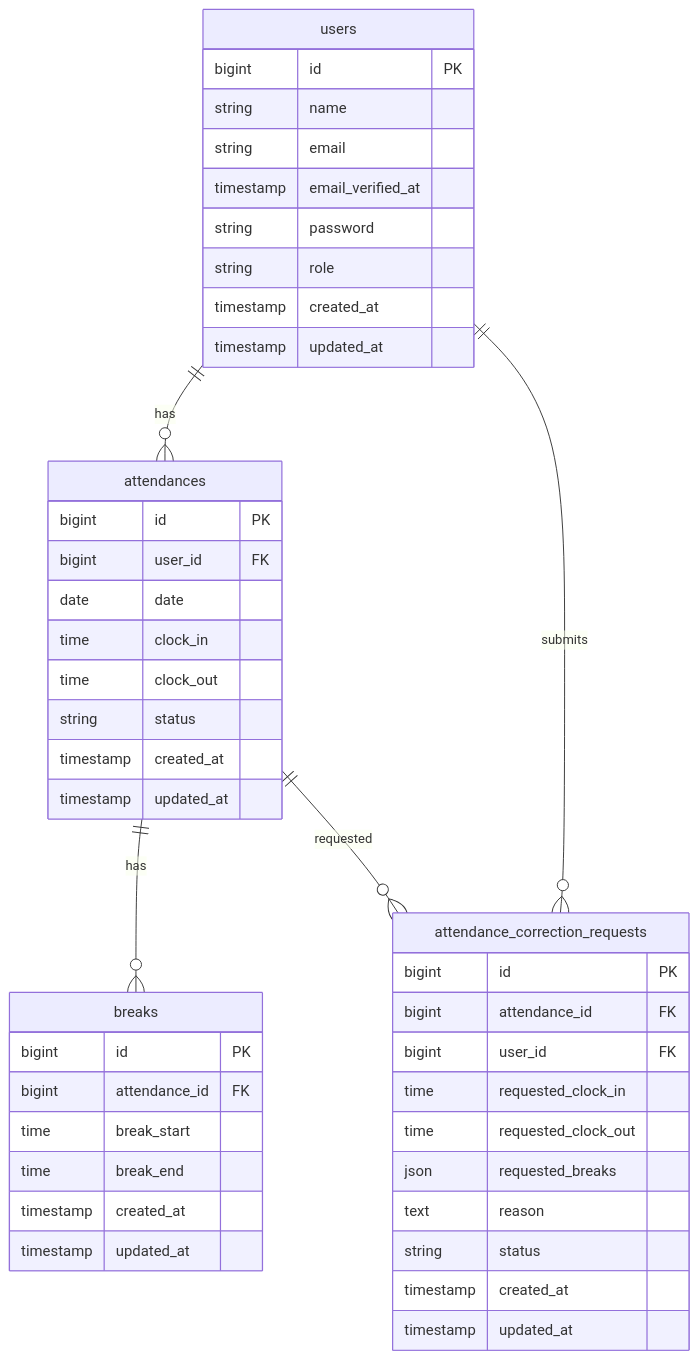
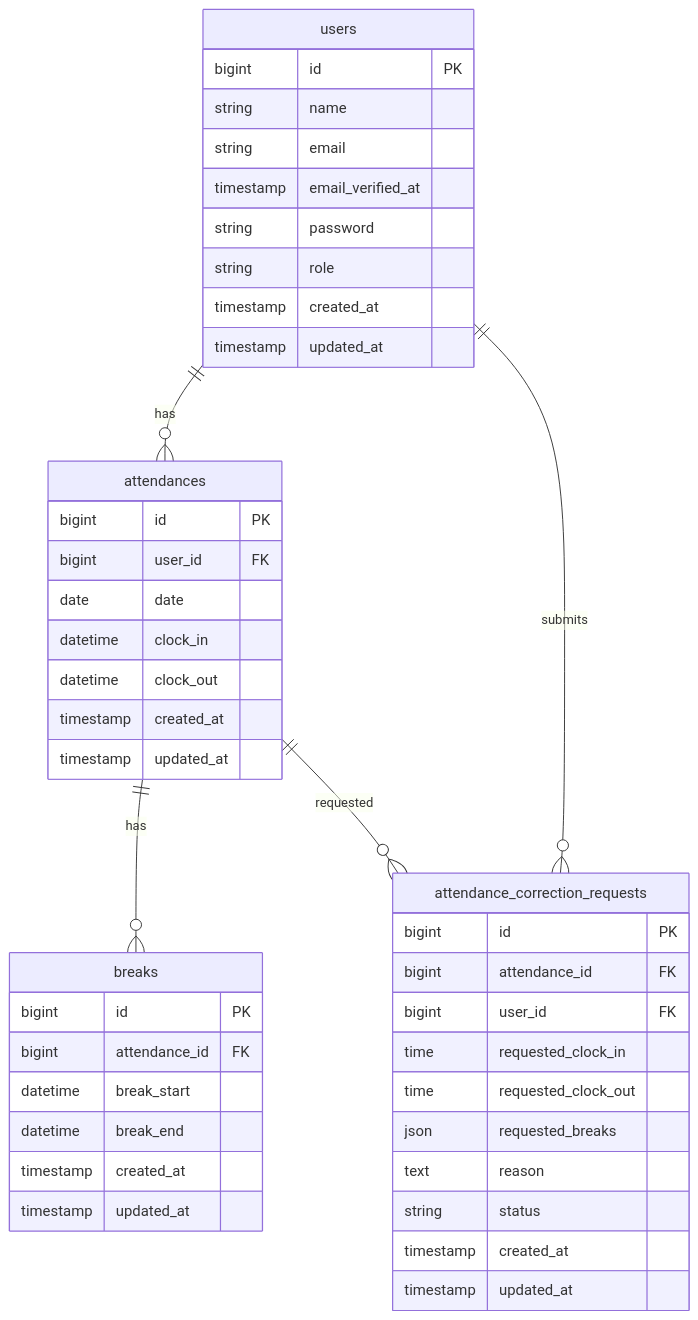
One commit to s-aino/ShinyaAino-test_attendance changed the diagram in docs/ER.md. Above: the diagram before and after it, drawn with Mermaid. The commit also changed 6 other files, not shown here.

Commit message:
勤怠の出退勤時刻をdatetimeに変更しER図・DB仕様を修正

````diff
--- a/docs/ER.md
+++ b/docs/ER.md
@@ -3,52 +3,51 @@
 ```mermaid
 erDiagram
 
 users {
   bigint id PK
   string name
   string email
   timestamp email_verified_at
   string password
   string role
   timestamp created_at
   timestamp updated_at
 }
 
 attendances {
   bigint id PK
   bigint user_id FK
   date date
-  time clock_in
-  time clock_out
-  string status
+  datetime clock_in
+  datetime clock_out
   timestamp created_at
   timestamp updated_at
 }
 
 breaks {
   bigint id PK
   bigint attendance_id FK
-  time break_start
-  time break_end
+  datetime break_start
+  datetime break_end
   timestamp created_at
   timestamp updated_at
 }
 
 attendance_correction_requests {
   bigint id PK
   bigint attendance_id FK
   bigint user_id FK
   time requested_clock_in
   time requested_clock_out
   json requested_breaks
   text reason
   string status
   timestamp created_at
   timestamp updated_at
 }
 
 users ||--o{ attendances : has
 attendances ||--o{ breaks : has
 attendances ||--o{ attendance_correction_requests : requested
 users ||--o{ attendance_correction_requests : submits
 ```
````
